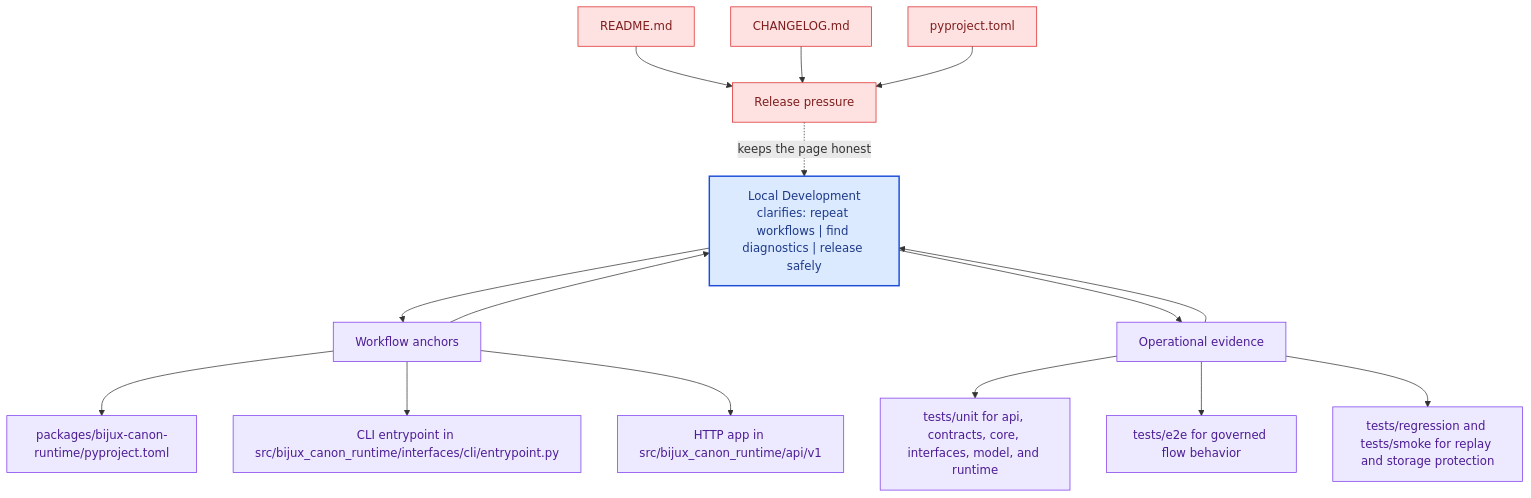
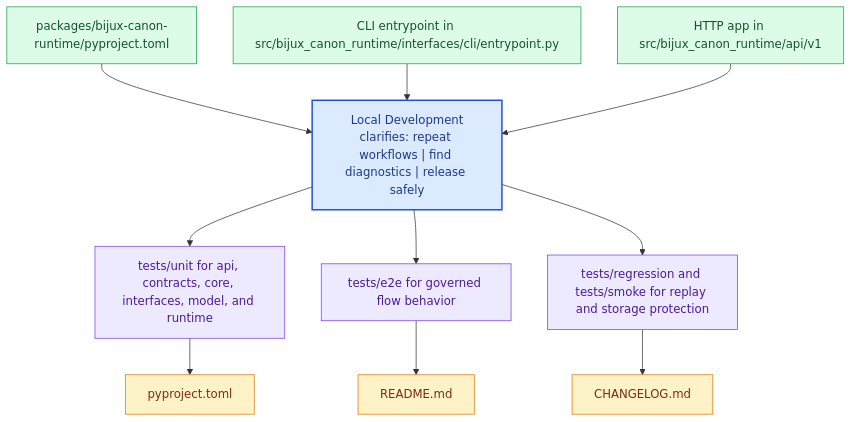
The diagram in docs/bijux-canon-runtime/operations/local-development.md (bijux/bijux-canon), drawn with Mermaid before and after one commit. The commit also changed other lines of this file and 281 other files, not shown here.

Commit message:
docs(diagrams): replace repeated mermaid scaffolds with page-specific summaries

````diff
--- a/docs/bijux-canon-runtime/operations/local-development.md
+++ b/docs/bijux-canon-runtime/operations/local-development.md
@@ -68,41 +23,31 @@
 ```mermaid
 flowchart TB
-    promise["Local Development<br/>clarifies: repeat workflows | find diagnostics | release safely"]
-    classDef promise fill:#dbeafe,stroke:#1d4ed8,color:#1e3a8a,stroke-width:2px;
-    classDef driver fill:#dcfce7,stroke:#16a34a,color:#14532d;
-    classDef constraint fill:#fee2e2,stroke:#dc2626,color:#7f1d1d;
-    classDef ground fill:#ede9fe,stroke:#7c3aed,color:#4c1d95;
-    focus1["Workflow anchors"]
-    focus1 --> promise
-    promise --> focus1
-    focus1_1["packages/bijux-canon-runtime/pyproject.toml"]
-    focus1 --> focus1_1
-    focus1_2["CLI entrypoint in src/bijux_canon_runtime/interfaces/cli/entrypoint.py"]
-    focus1 --> focus1_2
-    focus1_3["HTTP app in src/bijux_canon_runtime/api/v1"]
-    focus1 --> focus1_3
-    class focus1 ground;
-    class focus1_1,focus1_2,focus1_3 ground;
-    focus2["Operational evidence"]
-    focus2 --> promise
-    promise --> focus2
-    focus2_1["tests/unit for api, contracts, core, interfaces, model, and runtime"]
-    focus2 --> focus2_1
-    focus2_2["tests/e2e for governed flow behavior"]
-    focus2 --> focus2_2
-    focus2_3["tests/regression and tests/smoke for replay and storage protection"]
-    focus2 --> focus2_3
-    class focus2 ground;
-    class focus2_1,focus2_2,focus2_3 ground;
-    focus3["Release pressure"]
-    focus3 -.keeps the page honest.-> promise
-    focus3_1["README.md"]
-    focus3_1 --> focus3
-    focus3_2["CHANGELOG.md"]
-    focus3_2 --> focus3
-    focus3_3["pyproject.toml"]
-    focus3_3 --> focus3
-    class focus3 constraint;
-    class focus3_1,focus3_2,focus3_3 constraint;
-    class promise promise;
+    page["Local Development<br/>clarifies: repeat workflows | find diagnostics | release safely"]
+    classDef page fill:#dbeafe,stroke:#1d4ed8,color:#1e3a8a,stroke-width:2px;
+    classDef positive fill:#dcfce7,stroke:#16a34a,color:#14532d;
+    classDef caution fill:#fee2e2,stroke:#dc2626,color:#7f1d1d;
+    classDef anchor fill:#ede9fe,stroke:#7c3aed,color:#4c1d95;
+    classDef action fill:#fef3c7,stroke:#d97706,color:#7c2d12;
+    step1["packages/bijux-canon-runtime/pyproject.toml"]
+    step1 --> page
+    step2["CLI entrypoint in src/bijux_canon_runtime/interfaces/cli/entrypoint.py"]
+    step2 --> page
+    step3["HTTP app in src/bijux_canon_runtime/api/v1"]
+    step3 --> page
+    run1["tests/unit for api, contracts, core, interfaces, model, and runtime"]
+    page --> run1
+    run2["tests/e2e for governed flow behavior"]
+    page --> run2
+    run3["tests/regression and tests/smoke for replay and storage protection"]
+    page --> run3
+    release1["pyproject.toml"]
+    run1 --> release1
+    release2["README.md"]
+    run2 --> release2
+    release3["CHANGELOG.md"]
+    run3 --> release3
+    class page page;
+    class step1,step2,step3 positive;
+    class run1,run2,run3 anchor;
+    class release1,release2,release3 action;
 ```
````
